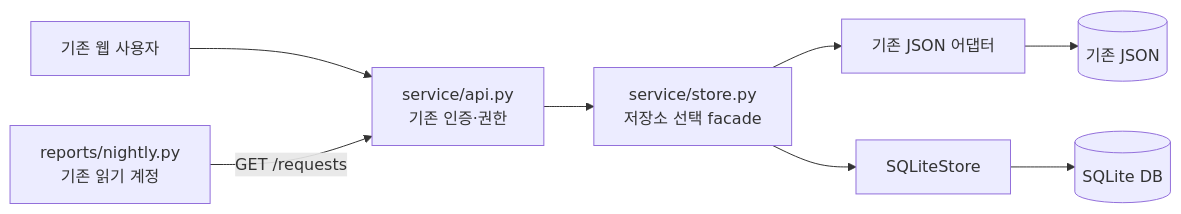
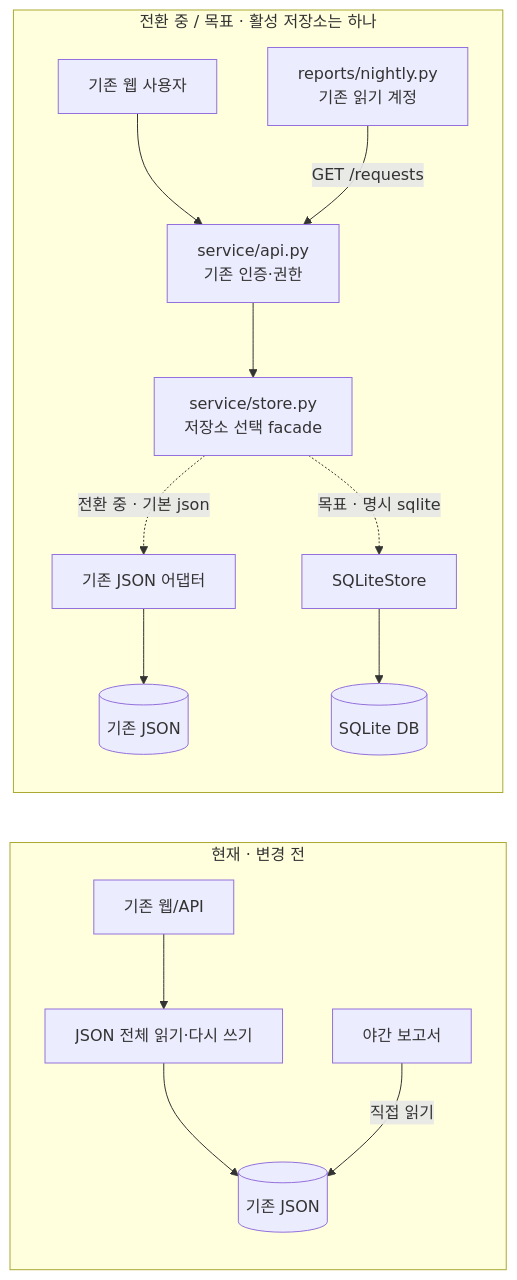
The first of 3 diagrams in docs/research/sdlc-documentation/spec-plan-design/candidate/examples/M01/design/architecture.md (bifrost17/ai-native-sdlc-sample), drawn with Mermaid before and after one commit. The commit also changed other lines of this file and 21 other files, not shown here.

````diff
--- a/docs/research/sdlc-documentation/spec-plan-design/candidate/examples/M01/design/architecture.md
+++ b/docs/research/sdlc-documentation/spec-plan-design/candidate/examples/M01/design/architecture.md
@@ -5,10 +11,17 @@
 ```mermaid
 flowchart LR
-  U["기존 웹 사용자"] --> API["service/api.py\n기존 인증·권한"]
-  REP["reports/nightly.py\n기존 읽기 계정"] -->|"GET /requests"| API
-  API --> F["service/store.py\n저장소 선택 facade"]
-  F --> J["기존 JSON 어댑터"]
-  F --> S["SQLiteStore"]
-  J --> JSON[("기존 JSON")]
-  S --> DB[("SQLite DB")]
+  subgraph CURRENT["현재 · 변경 전"]
+    OLDAPI["기존 웹/API"] --> OLDSTORE["JSON 전체 읽기·다시 쓰기"]
+    OLDSTORE --> OLDJSON[("기존 JSON")]
+    OLDREP["야간 보고서"] -->|"직접 읽기"| OLDJSON
+  end
+  subgraph PROPOSED["전환 중 / 목표 · 활성 저장소는 하나"]
+    U["기존 웹 사용자"] --> API["service/api.py\n기존 인증·권한"]
+    REP["reports/nightly.py\n기존 읽기 계정"] -->|"GET /requests"| API
+    API --> F["service/store.py\n저장소 선택 facade"]
+    F -.->|"전환 중 · 기본 json"| J["기존 JSON 어댑터"]
+    F -.->|"목표 · 명시 sqlite"| S["SQLiteStore"]
+    J --> JSON[("기존 JSON")]
+    S --> DB[("SQLite DB")]
+  end
 ```
````
